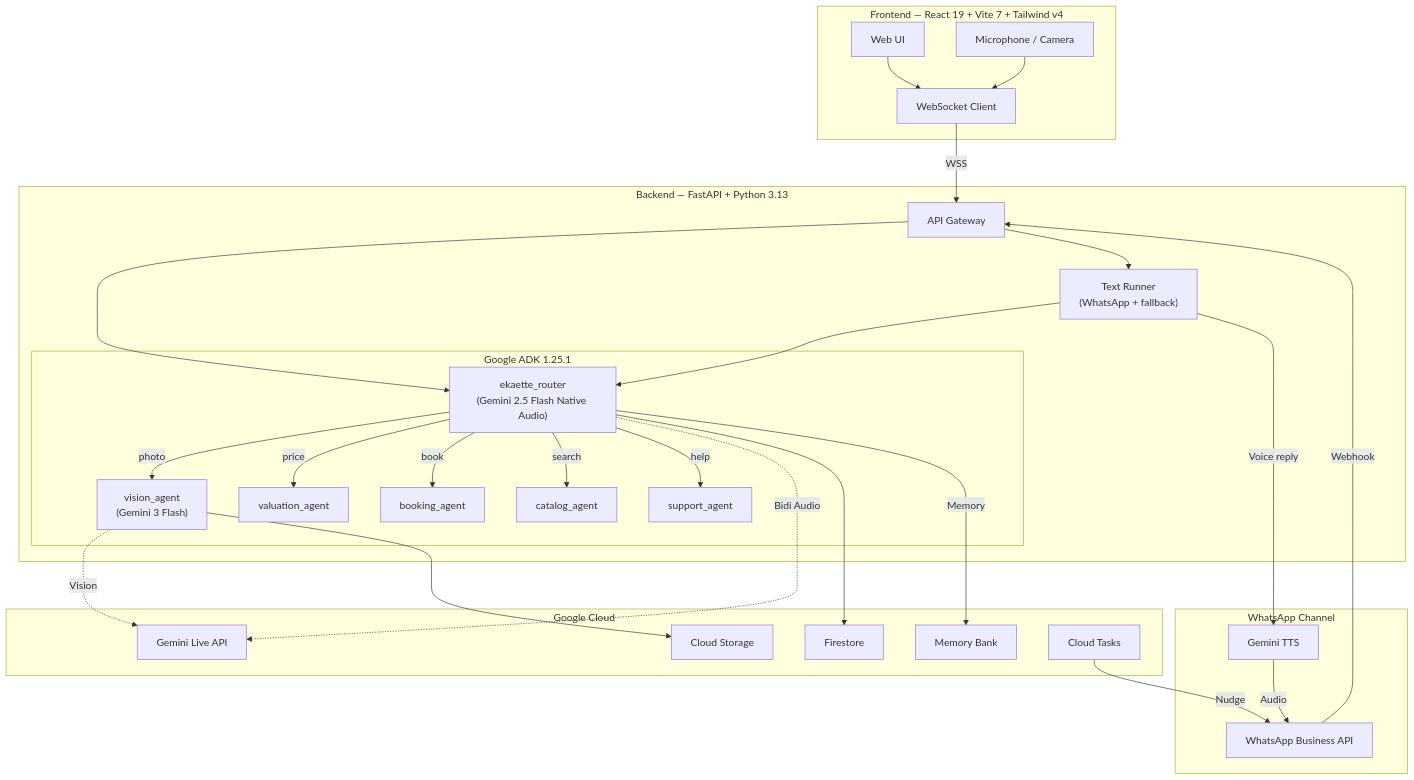
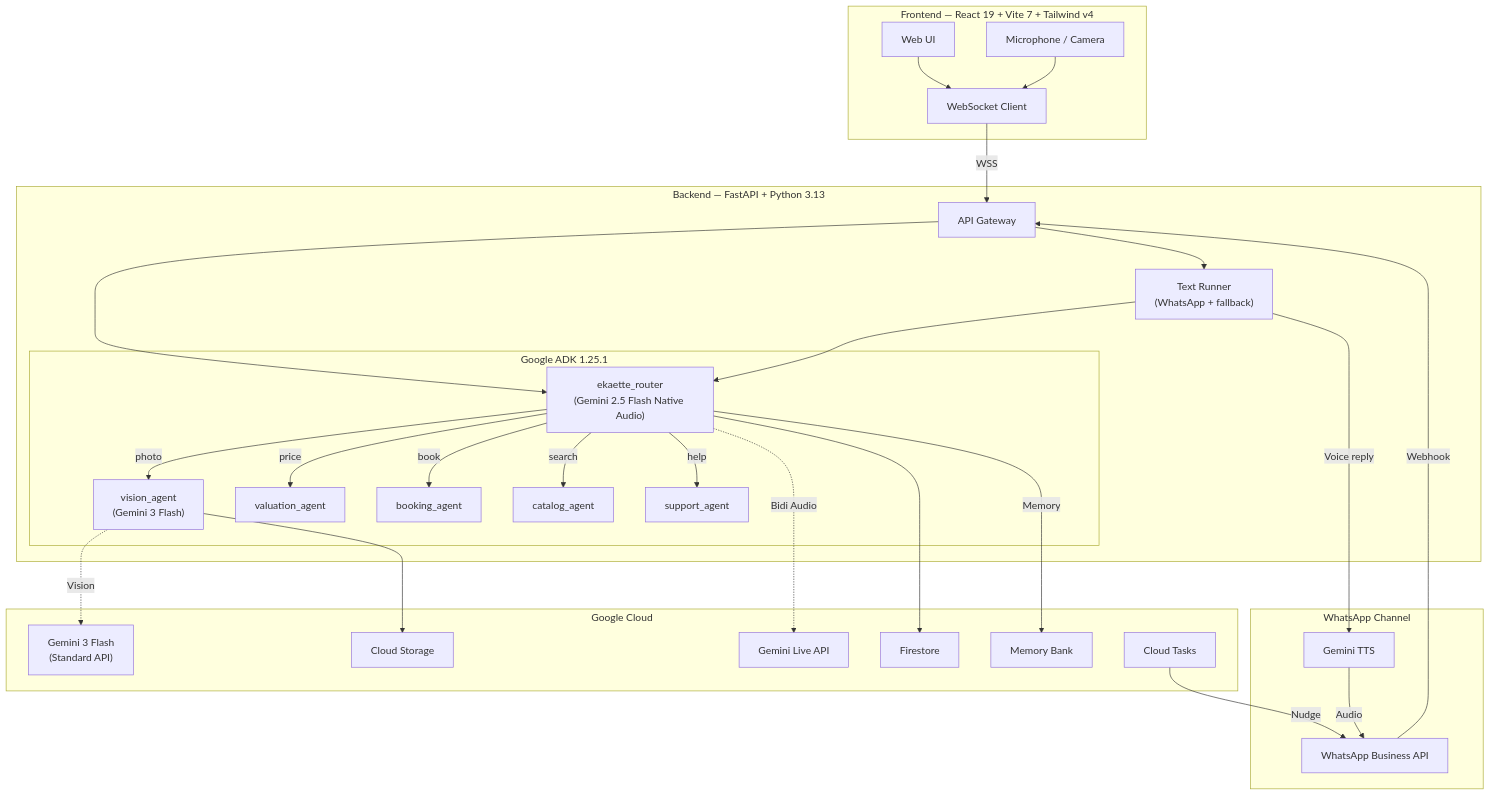
Before and after one commit to ogabasseyy/ekaette: the diagram in docs/architecture/readme-architecture.mmd, drawn with Mermaid. The commit also changed 3 other files, not shown here.

Commit message:
Fix vision_agent diagram edge (Standard API, not Live), remove hardcoded test counts

```diff
--- a/docs/architecture/readme-architecture.mmd
+++ b/docs/architecture/readme-architecture.mmd
@@ -1,53 +1,54 @@
 graph TB
     subgraph "Frontend — React 19 + Vite 7 + Tailwind v4"
         UI["Web UI"]
         WS["WebSocket Client"]
         MIC["Microphone / Camera"]
     end
 
     subgraph "WhatsApp Channel"
         WA["WhatsApp Business API"]
         TTS["Gemini TTS"]
     end
 
     subgraph "Backend — FastAPI + Python 3.13"
         GW["API Gateway"]
         subgraph "Google ADK 1.25.1"
             ROOT["ekaette_router<br/>(Gemini 2.5 Flash Native Audio)"]
             VA["vision_agent<br/>(Gemini 3 Flash)"]
             VLA["valuation_agent"]
             BA["booking_agent"]
             CA["catalog_agent"]
             SA["support_agent"]
         end
         TR["Text Runner<br/>(WhatsApp + fallback)"]
     end
 
     subgraph "Google Cloud"
         LIVE["Gemini Live API"]
+        G3F["Gemini 3 Flash<br/>(Standard API)"]
         FS["Firestore"]
         CS["Cloud Storage"]
         MB["Memory Bank"]
         CT["Cloud Tasks"]
     end
 
     UI --> WS
     MIC --> WS
     WS -->|"WSS"| GW
     WA -->|"Webhook"| GW
     GW --> ROOT
     GW --> TR
     TR --> ROOT
     ROOT -->|"photo"| VA
     ROOT -->|"price"| VLA
     ROOT -->|"book"| BA
     ROOT -->|"search"| CA
     ROOT -->|"help"| SA
     ROOT -.->|"Bidi Audio"| LIVE
-    VA -.->|"Vision"| LIVE
+    VA -.->|"Vision"| G3F
     ROOT --> FS
     VA --> CS
     ROOT -->|"Memory"| MB
     TR -->|"Voice reply"| TTS
     TTS -->|"Audio"| WA
     CT -->|"Nudge"| WA
```
